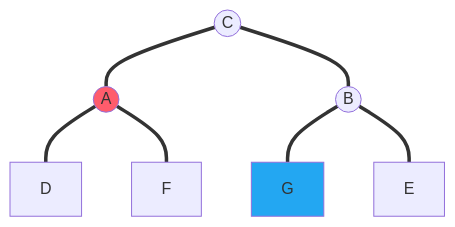
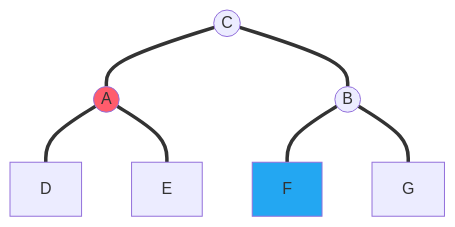
Diagram 15 of 25 in docs/zju/compulsory_courses/ADS/ch1.md (WintermelonC/WintermelonC_Docs), drawn with Mermaid before and after one commit. The commit also changed other lines of this file and 11 other files, not shown here.

````diff
--- a/docs/zju/compulsory_courses/ADS/ch1.md
+++ b/docs/zju/compulsory_courses/ADS/ch1.md
@@ -324,18 +324,18 @@
     ```mermaid
     graph TD;
     D[D]
     A((A))
     C((C))
     B((B))
     E[E]
     F[F]
     G[G]
     C === A
     C === B
+    B === F
     B === G
-    B === E
     A === D
-    A === F
+    A === E
     style A fill: #ff5c6c
-    style G fill: #23a7f2
+    style F fill: #23a7f2
     ```
````
